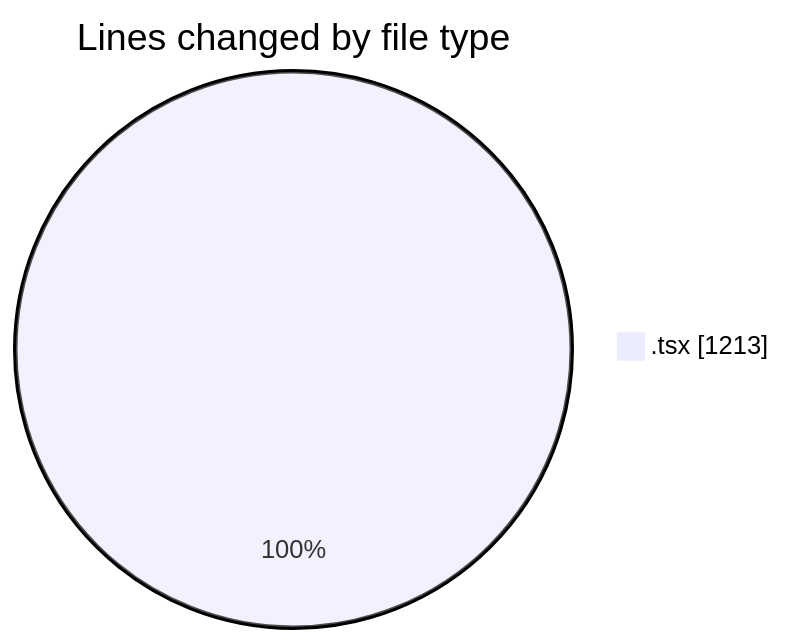
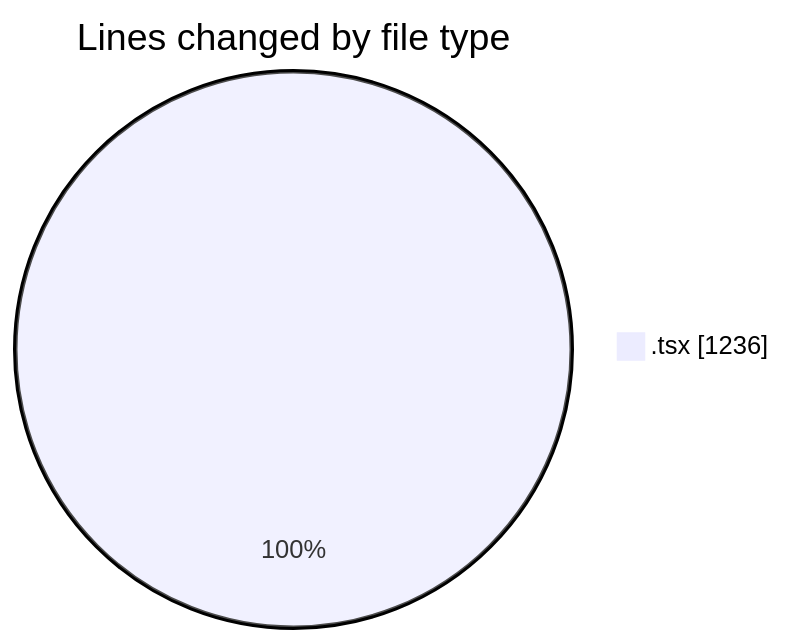
The first of 2 diagrams in 2025-11-20/cda/README.md (momahboobian/code-tracking), drawn with Mermaid before and after one commit. The commit also changed other lines of this file and 1 other file, not shown here.

````diff
--- a/2025-11-20/cda/README.md
+++ b/2025-11-20/cda/README.md
@@ -23,5 +23,5 @@
 ```mermaid
 pie showData
 title Lines changed by file type
-".tsx" : 1213
+".tsx" : 1236
 ```
````
